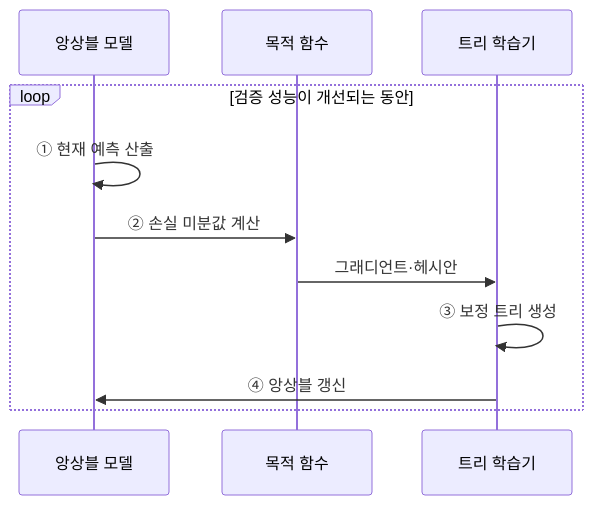
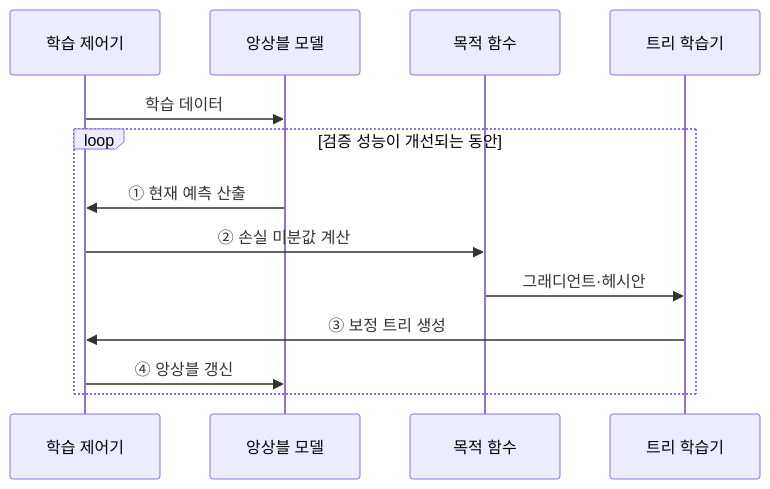
The second of 2 diagrams in src/content/docs/notes/01-basic-theory/053_xgboost_lightgbm.md (agnusdei1207/knowledge-base), drawn with Mermaid before and after one commit. The commit also changed other lines of this file and 10 other files, not shown here.

````diff
--- a/src/content/docs/notes/01-basic-theory/053_xgboost_lightgbm.md
+++ b/src/content/docs/notes/01-basic-theory/053_xgboost_lightgbm.md
@@ -90,13 +70,15 @@
 ```mermaid
 sequenceDiagram
+    participant C as 학습 제어기
     participant M as 앙상블 모델
     participant O as 목적 함수
     participant T as 트리 학습기
+    C->>M: 학습 데이터
     loop 검증 성능이 개선되는 동안
-        M->>M: ① 현재 예측 산출
-        M->>O: ② 손실 미분값 계산
+        M->>C: ① 현재 예측 산출
+        C->>O: ② 손실 미분값 계산
         O->>T: 그래디언트·헤시안
-        T->>T: ③ 보정 트리 생성
-        T->>M: ④ 앙상블 갱신
+        T->>C: ③ 보정 트리 생성
+        C->>M: ④ 앙상블 갱신
     end
 ```
````
